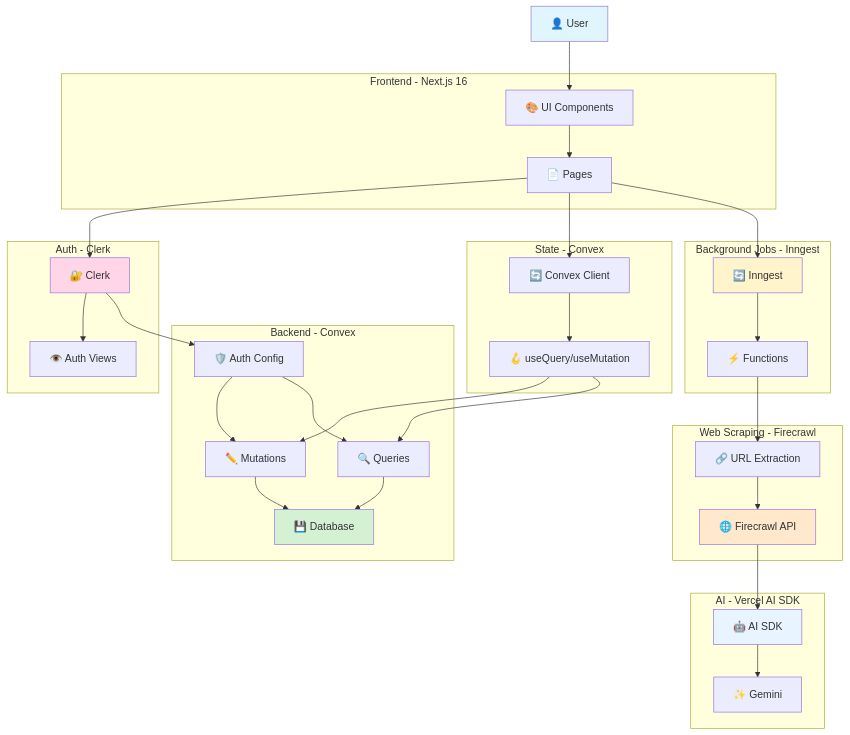
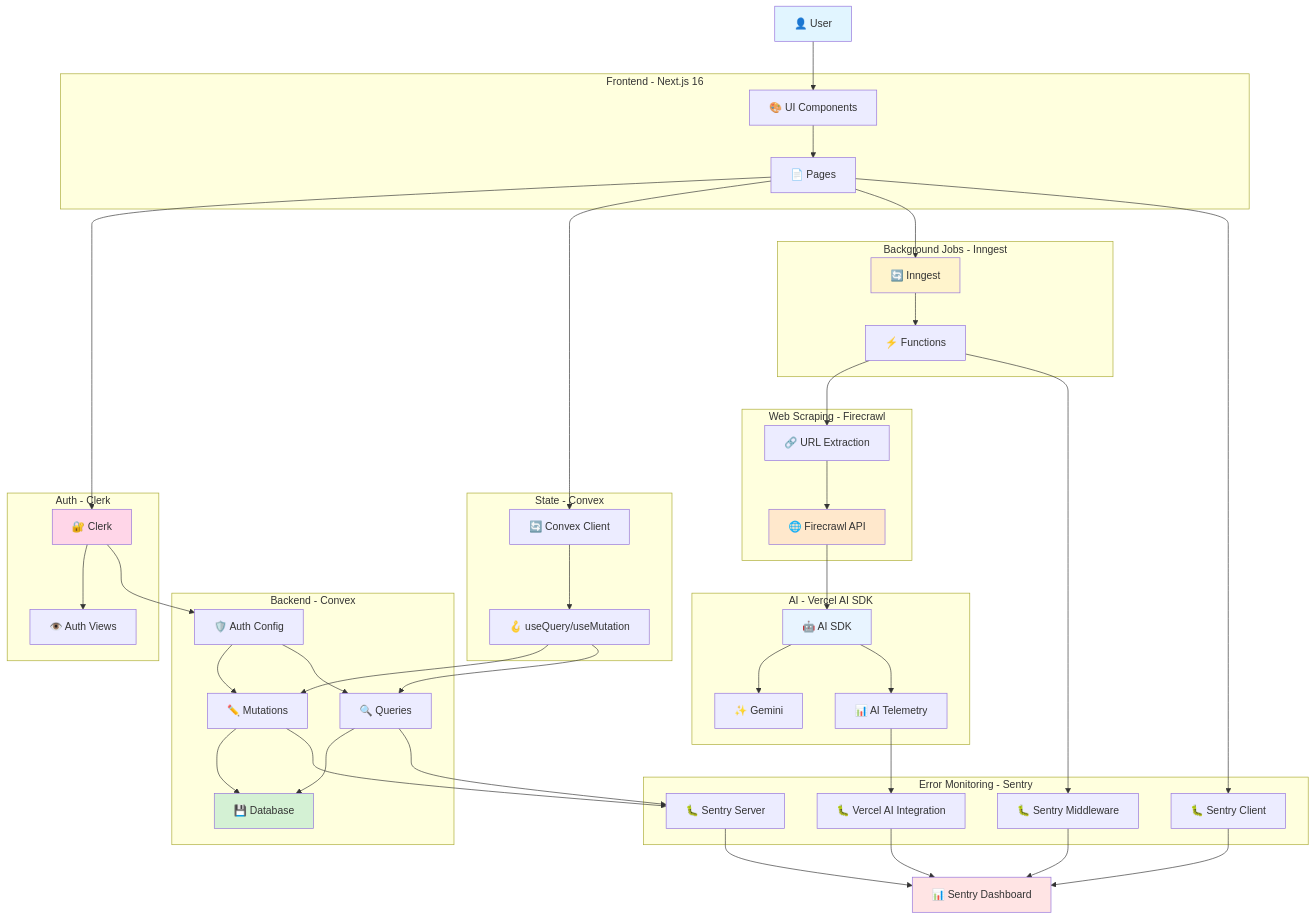
One commit to Code-with-Jok/v0-dev changed the first of 8 diagrams in docs/business-logic-mindmap.md. Above: the diagram before and after it, drawn with Mermaid. The commit also changed other lines of this file and 19 other files, not shown here.

Commit message:
feat: Integrate Sentry for error monitoring, performance tracking, and AI SDK telemetry with new configuration, instrumentation, demo pages, and documentation.

````diff
--- a/docs/business-logic-mindmap.md
+++ b/docs/business-logic-mindmap.md
@@ -8,59 +8,75 @@
 ```mermaid
 graph TB
     User["👤 User"]
 
     subgraph "Frontend - Next.js 16"
         UI["🎨 UI Components"]
         Pages["📄 Pages"]
     end
 
     subgraph "Auth - Clerk"
         Clerk["🔐 Clerk"]
         AuthViews["👁️ Auth Views"]
     end
 
     subgraph "State - Convex"
         ConvexClient["🔄 Convex Client"]
         Hooks["🪝 useQuery/useMutation"]
     end
 
     subgraph "Backend - Convex"
         AuthConfig["🛡️ Auth Config"]
         Mutations["✏️ Mutations"]
         Queries["🔍 Queries"]
         ConvexDB["💾 Database"]
     end
 
     subgraph "Background Jobs - Inngest"
         InngestClient["🔄 Inngest"]
         Functions["⚡ Functions"]
     end
 
     subgraph "Web Scraping - Firecrawl"
         Firecrawl["🌐 Firecrawl API"]
         URLExtract["🔗 URL Extraction"]
     end
 
     subgraph "AI - Vercel AI SDK"
         AISDK["🤖 AI SDK"]
         Gemini["✨ Gemini"]
+        AITelemetry["📊 AI Telemetry"]
+    end
+
+    subgraph "Error Monitoring - Sentry"
+        SentryClient["🐛 Sentry Client"]
+        SentryServer["🐛 Sentry Server"]
+        SentryInngest["🐛 Sentry Middleware"]
+        SentryAI["🐛 Vercel AI Integration"]
     end
 
     User --> UI --> Pages
     Pages --> Clerk --> AuthViews
     Pages --> ConvexClient --> Hooks
     Hooks --> Mutations & Queries
     Clerk --> AuthConfig --> Mutations & Queries
     Mutations & Queries --> ConvexDB
 
     Pages --> InngestClient --> Functions
     Functions --> URLExtract --> Firecrawl
     Firecrawl --> AISDK --> Gemini
+    AISDK --> AITelemetry
+
+    Pages --> SentryClient
+    Mutations & Queries --> SentryServer
+    Functions --> SentryInngest
+    AITelemetry --> SentryAI
+    SentryClient & SentryServer & SentryInngest & SentryAI --> SentryDashboard["📊 Sentry Dashboard"]
 
     style User fill:#e1f5ff
     style Clerk fill:#ffd6e8
     style ConvexDB fill:#d4f1d4
     style InngestClient fill:#fff4cc
     style Firecrawl fill:#ffe8cc
     style AISDK fill:#e8f4ff
+    style SentryDashboard fill:#ffe4e4
 ```
````
